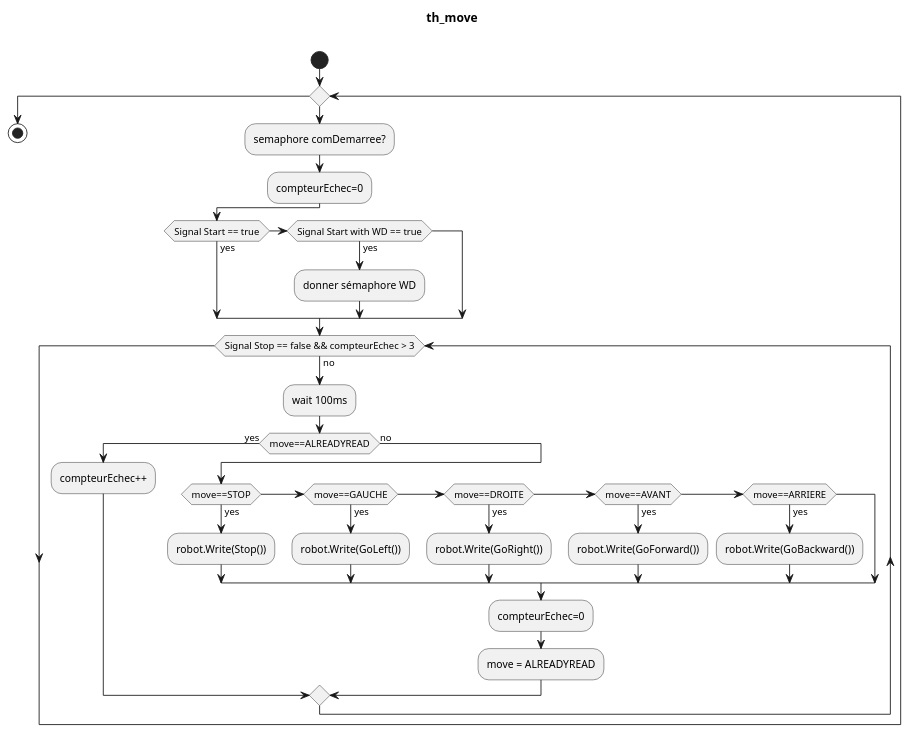
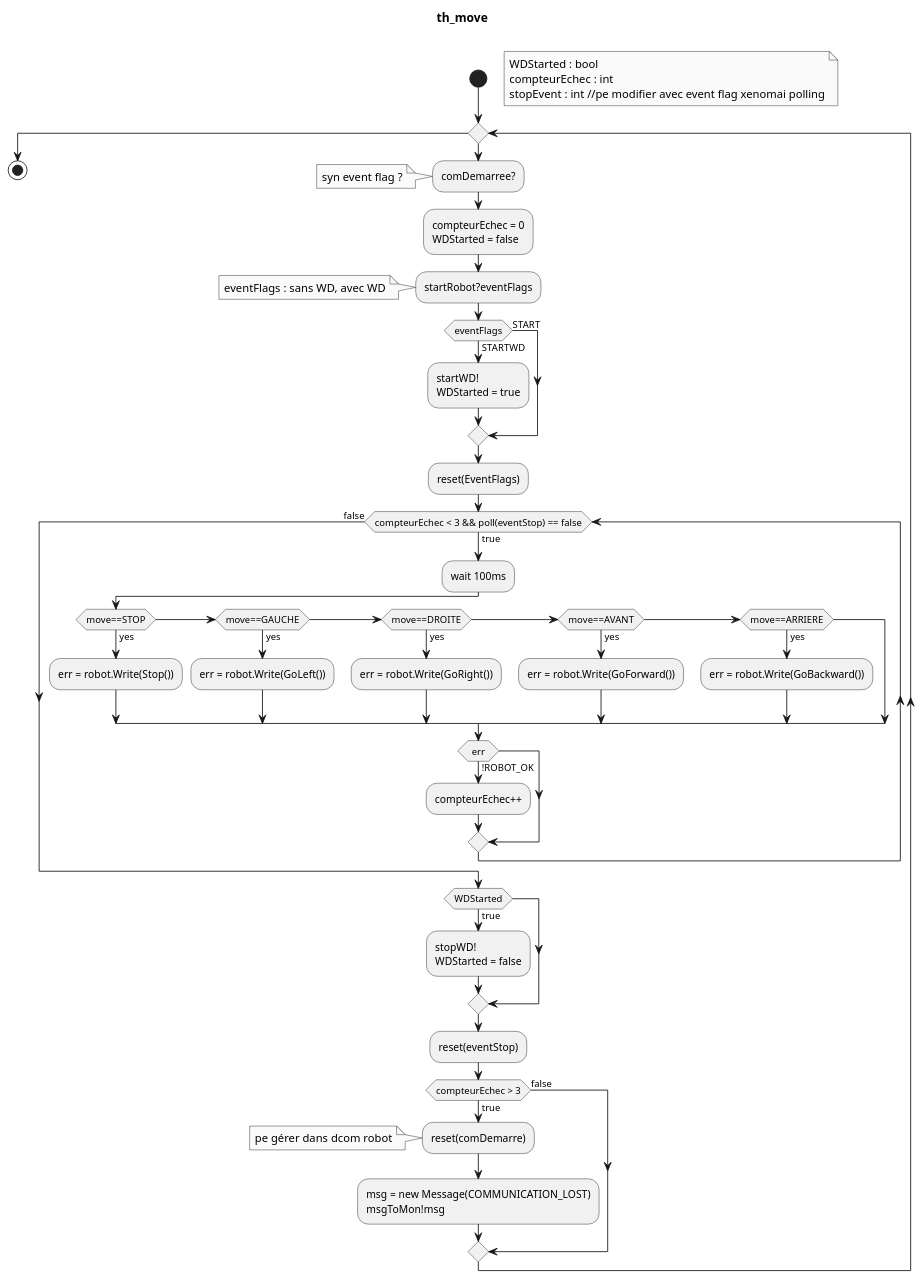
One commit to Bobillot/BE_Temps_Reel changed the diagram in diags/th_move.puml. Above: the diagram before and after it, drawn with PlantUML. The commit also changed 8 other files, not shown here.

Commit message:
modified diagrams

```diff
--- a/diags/th_move.puml
+++ b/diags/th_move.puml
@@ -1,35 +1,66 @@
 @startuml
 
+skinparam monochrome true
 title th_move \n
 
+
 start
-while()
-:semaphore comDemarree?;
-:compteurEchec=0;
-if (Signal Start == true) then (yes)
-elseif (Signal Start with WD == true) then (yes)
-    :donner sémaphore WD;
+
+floating note right
+WDStarted : bool
+compteurEchec : int
+stopEvent : int //pe modifier avec event flag xenomai polling
+endnote
+
+while ()
+    :comDemarree?;
+    note : syn event flag ?
+    :compteurEchec = 0
+    WDStarted = false ;
+
+    :startRobot?eventFlags;
+    note
+    eventFlags : sans WD, avec WD
+    endnote
+
+    if (eventFlags) then (STARTWD)
+        :startWD!
+        WDStarted = true;
+    else (START)
+    endif
+
+    :reset(EventFlags);
+
+    while (compteurEchec < 3 && poll(eventStop) == false) is (true)
+        :wait 100ms;
+        if (move==STOP) then (yes)
+            :err = robot.Write(Stop());
+        elseif (move==GAUCHE) then (yes)
+            :err = robot.Write(GoLeft());
+        elseif (move==DROITE) then (yes)
+            :err = robot.Write(GoRight());
+        elseif (move==AVANT) then (yes)
+            :err = robot.Write(GoForward());
+        elseif (move==ARRIERE) then (yes)
+            :err = robot.Write(GoBackward());
+        endif
+        if (err) then (!ROBOT_OK)
+            :compteurEchec++;
+        endif
+    endwhile (false)
+if(WDStarted) then (true)
+    :stopWD!
+    WDStarted = false;
 endif
-while (Signal Stop == false && compteurEchec > 3) is (no)
-    :wait 100ms;
-    if(move==ALREADYREAD) then (yes)
-    :compteurEchec++;
-    else (no)
-        if (move==STOP) then (yes)
-            :robot.Write(Stop());
-        elseif (move==GAUCHE) then (yes) 
-            :robot.Write(GoLeft());
-        elseif (move==DROITE) then (yes) 
-            :robot.Write(GoRight());
-        elseif (move==AVANT) then (yes) 
-            :robot.Write(GoForward());
-        elseif (move==ARRIERE) then (yes) 
-            :robot.Write(GoBackward());
-        endif
-    :compteurEchec=0;
-    :move = ALREADYREAD;
-    endif
-endwhile
+:reset(eventStop);
+
+if (compteurEchec > 3) then (true)
+    :reset(comDemarre);
+    note : pe gérer dans dcom robot
+    :msg = new Message(COMMUNICATION_LOST)
+    msgToMon!msg;
+else (false)
+endif
 endwhile
 stop
 @enduml
```
